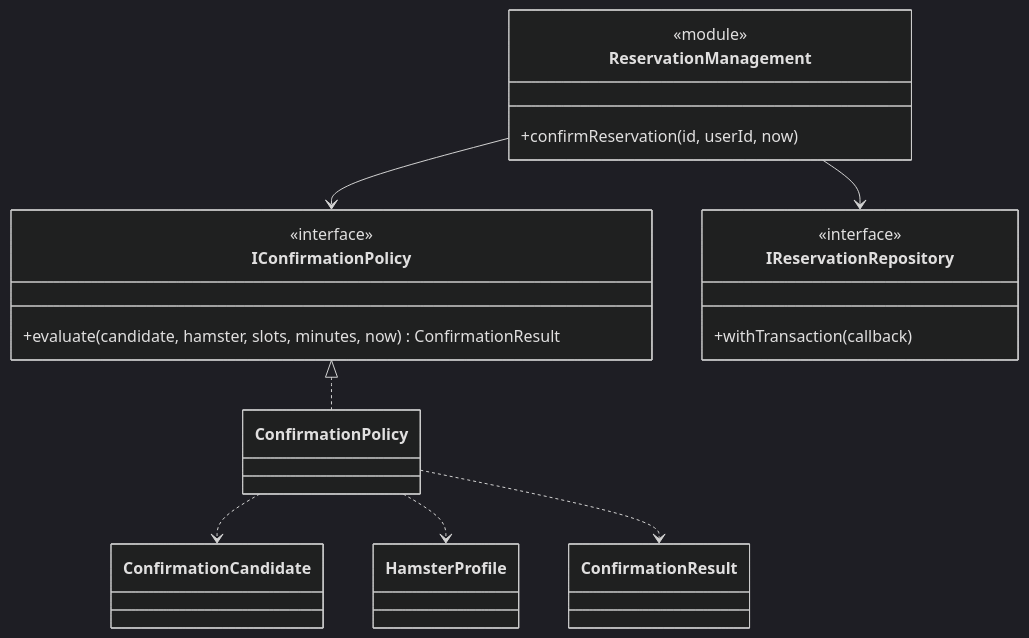
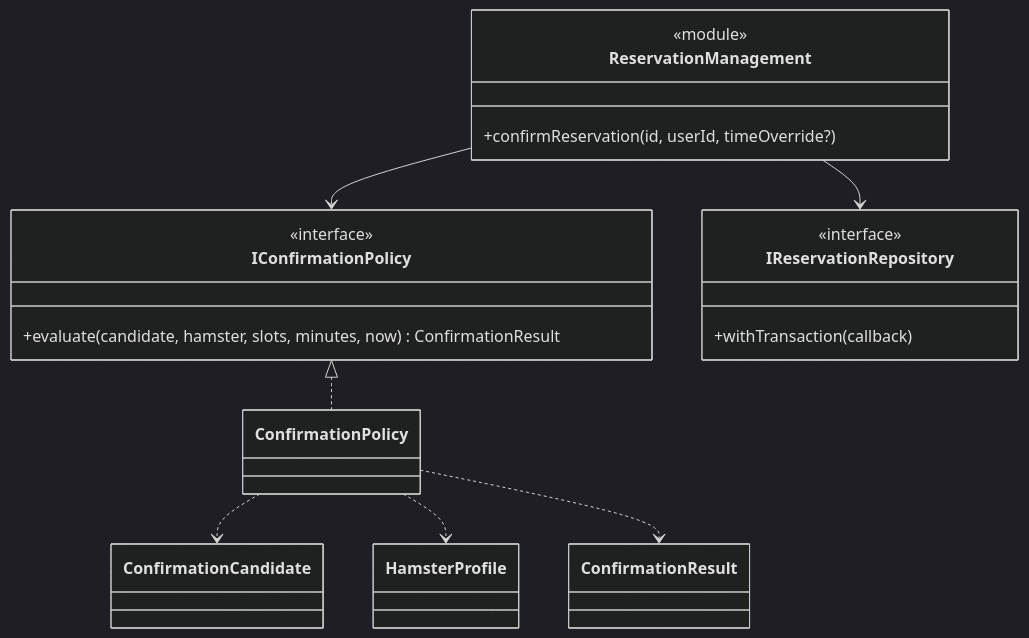
One commit to tomaskirnig/SWI_2027 changed the seventh of 8 diagrams in docs/architecture-and-decisions.md. Above: the diagram before and after it, drawn with Mermaid (dark theme). The commit also changed other lines of this file and 7 other files, not shown here.

````diff
--- a/docs/architecture-and-decisions.md
+++ b/docs/architecture-and-decisions.md
@@ -827,25 +830,25 @@
 ```mermaid
 classDiagram
     class ReservationManagement {
         <<module>>
-        +confirmReservation(id, userId, now)
+        +confirmReservation(id, userId, timeOverride?)
     }
     class IConfirmationPolicy {
         <<interface>>
         +evaluate(candidate, hamster, slots, minutes, now) ConfirmationResult
     }
     class ConfirmationPolicy
     class ConfirmationCandidate
     class HamsterProfile
     class ConfirmationResult
     class IReservationRepository {
         <<interface>>
         +withTransaction(callback)
     }
     IConfirmationPolicy <|.. ConfirmationPolicy
     ReservationManagement --> IConfirmationPolicy
     ReservationManagement --> IReservationRepository
     ConfirmationPolicy ..> ConfirmationCandidate
     ConfirmationPolicy ..> HamsterProfile
     ConfirmationPolicy ..> ConfirmationResult
 ```
````
